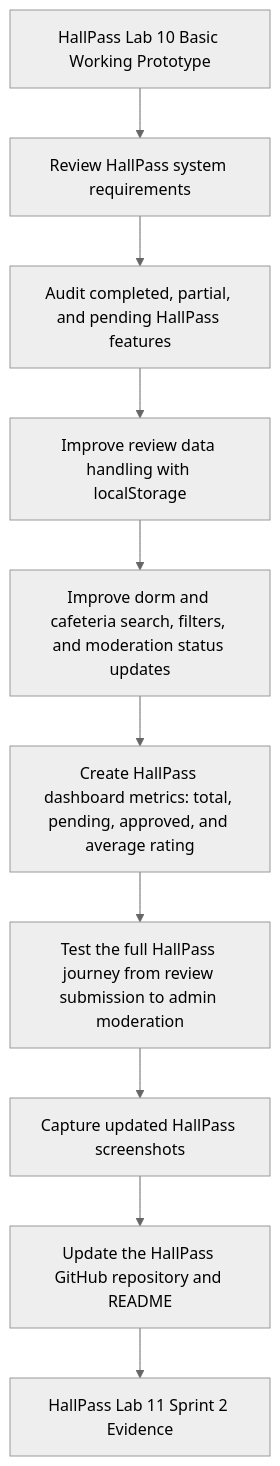
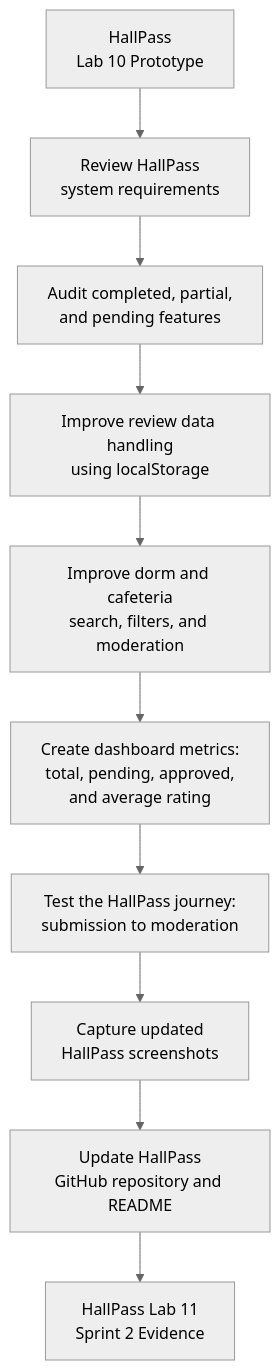
Before and after one commit to HTETHTET-68/ICT105-TriByte-MVP: the diagram in diagram/implementation-metrics-flow.mmd, drawn with Mermaid (neutral theme).

```diff
--- a/diagram/implementation-metrics-flow.mmd
+++ b/diagram/implementation-metrics-flow.mmd
@@ -1,11 +1,15 @@
 
 flowchart TD
-    A[HallPass Lab 10 Basic Working Prototype] --> B[Review HallPass system requirements]
-    B --> C[Audit completed, partial, and pending HallPass features]
-    C --> D[Improve review data handling with localStorage]
-    D --> E[Improve dorm and cafeteria search, filters, and moderation status updates]
-    E --> F[Create HallPass dashboard metrics: total, pending, approved, and average rating]
-    F --> G[Test the full HallPass journey from review submission to admin moderation]
-    G --> H[Capture updated HallPass screenshots]
-    H --> I[Update the HallPass GitHub repository and README]
-    I --> J[HallPass Lab 11 Sprint 2 Evidence]
+    A["HallPass<br/>Lab 10 Prototype"]
+    B["Review HallPass<br/>system requirements"]
+    C["Audit completed, partial,<br/>and pending features"]
+    D["Improve review data handling<br/>using localStorage"]
+    E["Improve dorm and cafeteria<br/>search, filters, and moderation"]
+    F["Create dashboard metrics:<br/>total, pending, approved,<br/>and average rating"]
+    G["Test the HallPass journey:<br/>submission to moderation"]
+    H["Capture updated<br/>HallPass screenshots"]
+    I["Update HallPass<br/>GitHub repository and README"]
+    J["HallPass Lab 11<br/>Sprint 2 Evidence"]
+
+    A --> B --> C --> D --> E
+    E --> F --> G --> H --> I --> J
```
